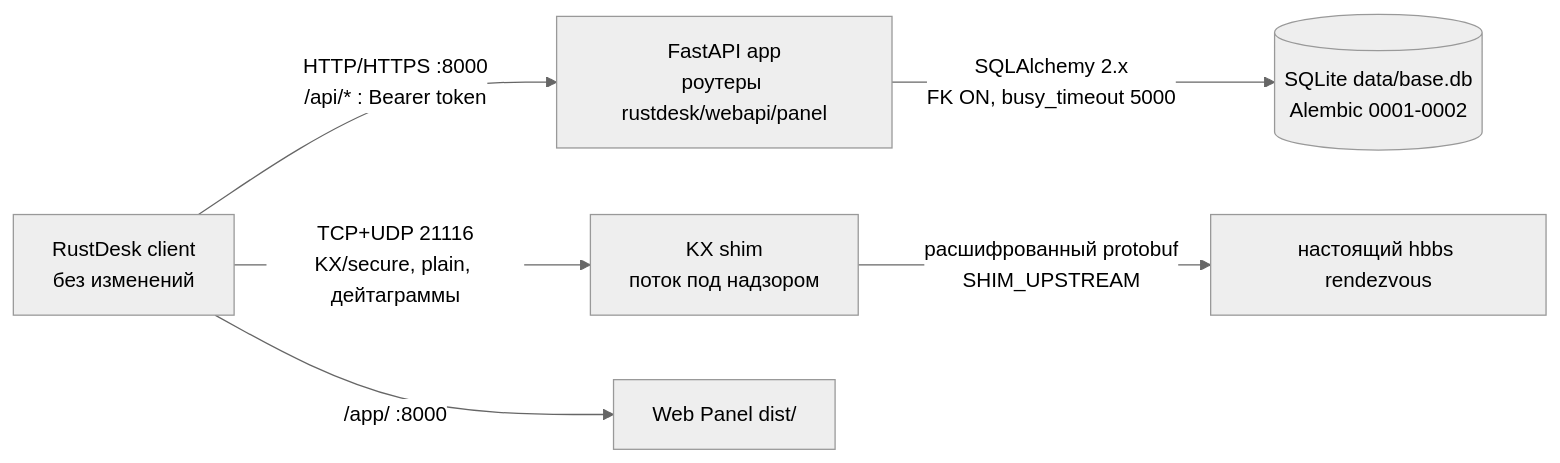
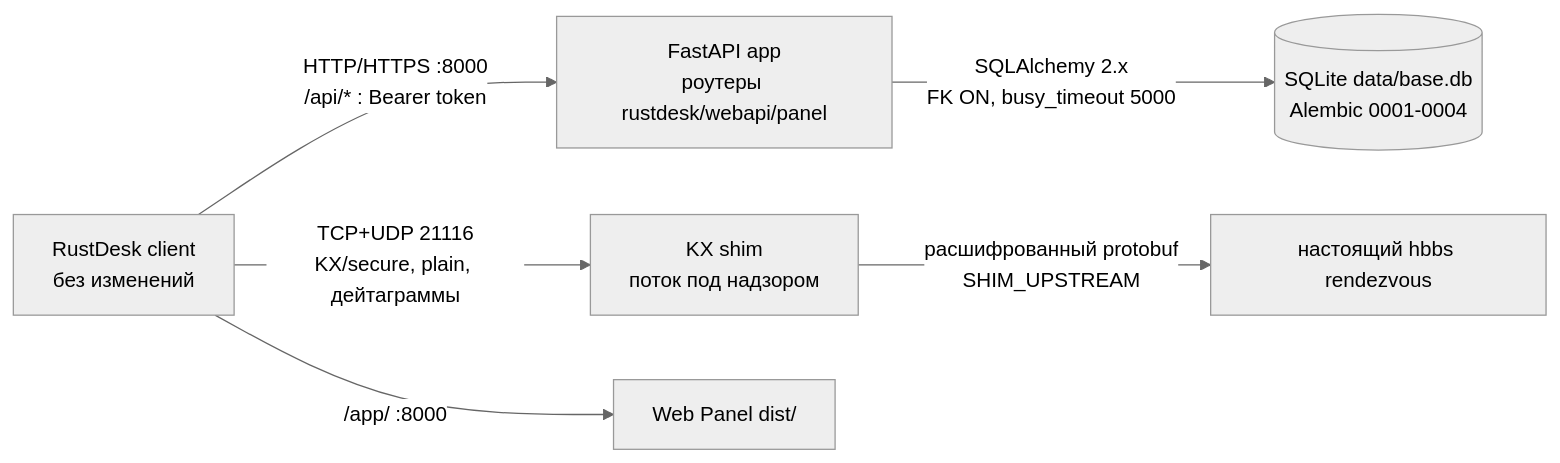
The diagram in docs/ru.md (iinxn/rustdesk-address-book-api), drawn with Mermaid (neutral theme) before and after one commit. The commit also changed other lines of this file and 31 other files, not shown here.

````diff
--- a/docs/ru.md
+++ b/docs/ru.md
@@ -133,9 +133,9 @@
 ```mermaid
 flowchart LR
     C[RustDesk client<br/>без изменений]
     C -->|HTTP/HTTPS :8000<br/>/api/* : Bearer token| API[FastAPI app<br/>роутеры rustdesk/webapi/panel]
     C -->|TCP+UDP 21116<br/>KX/secure, plain, дейтаграммы| SHIM[KX shim<br/>поток под надзором]
     SHIM -->|расшифрованный protobuf<br/>SHIM_UPSTREAM| HBBS[настоящий hbbs rendezvous]
     C -->|/app/ :8000| SPA[Web Panel dist/]
-    API -->|SQLAlchemy 2.x<br/>FK ON, busy_timeout 5000| DB[(SQLite data/base.db<br/>Alembic 0001-0002)]
+    API -->|SQLAlchemy 2.x<br/>FK ON, busy_timeout 5000| DB[(SQLite data/base.db<br/>Alembic 0001-0004)]
 ```
````
